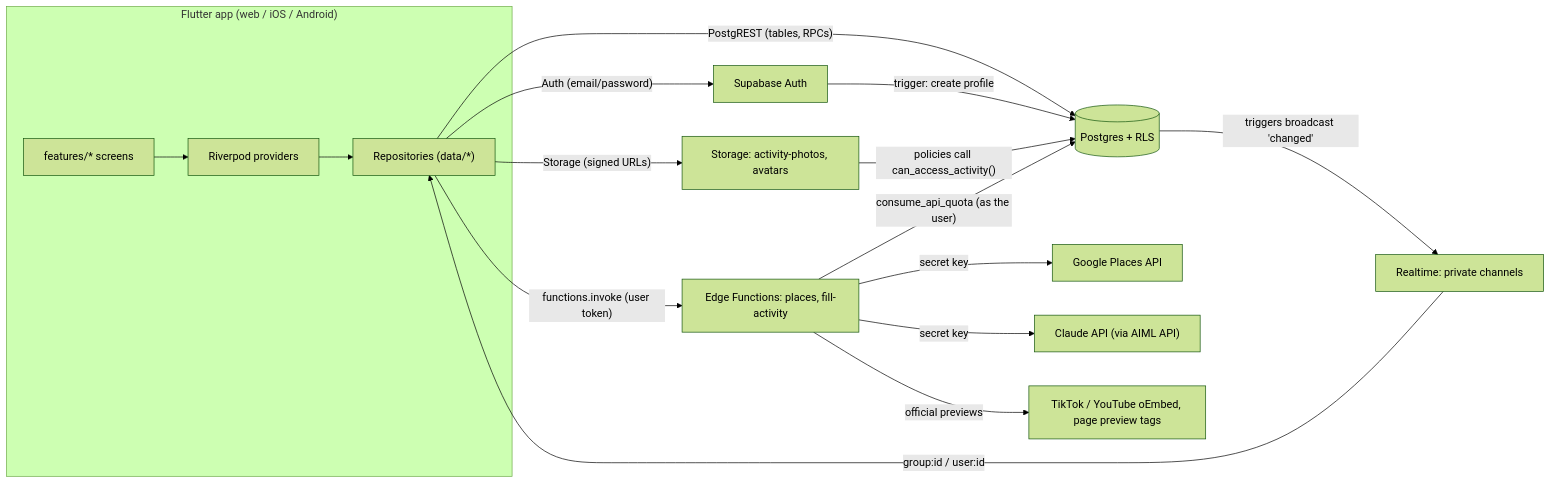
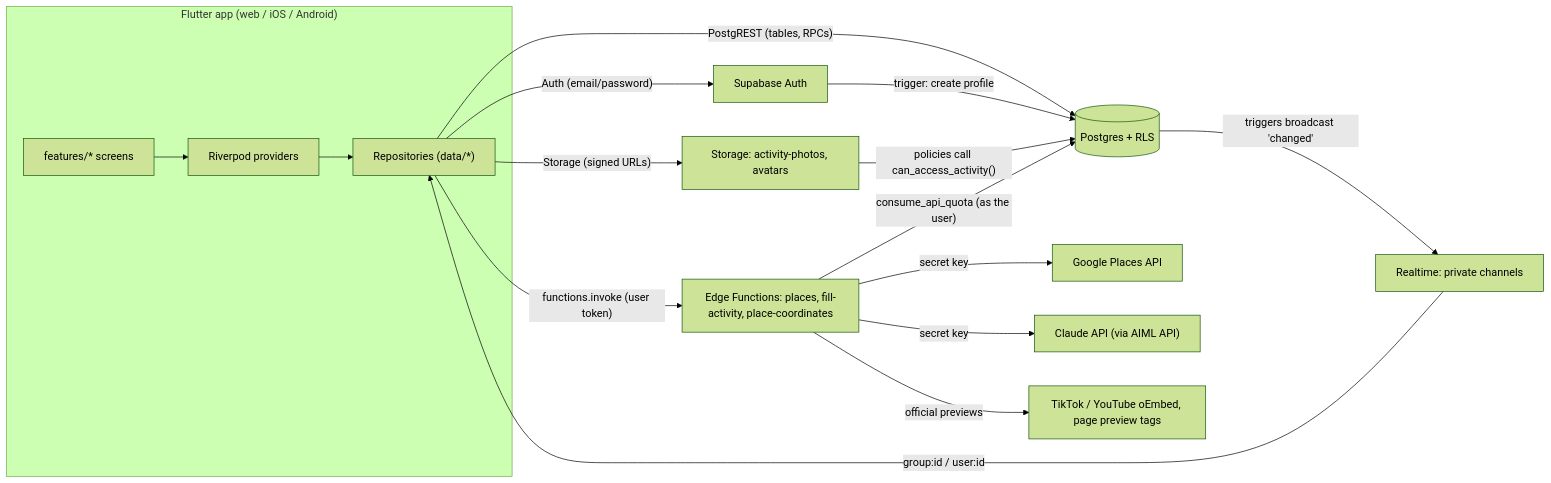
One commit to kangjin97/project1.0 changed the first of 2 diagrams in docs/architecture.md. Above: the diagram before and after it, drawn with Mermaid (forest theme). The commit also changed other lines of this file and 28 other files, not shown here.

````diff
--- a/docs/architecture.md
+++ b/docs/architecture.md
@@ -5,19 +5,19 @@
 ```mermaid
 flowchart LR
   subgraph App["Flutter app (web / iOS / Android)"]
     UI["features/* screens"] --> P["Riverpod providers"]
     P --> R["Repositories (data/*)"]
   end
   R -- "PostgREST (tables, RPCs)" --> DB[(Postgres + RLS)]
   R -- "Auth (email/password)" --> AUTH[Supabase Auth]
   R -- "Storage (signed URLs)" --> ST[Storage: activity-photos, avatars]
   DB -- "triggers broadcast 'changed'" --> RT[Realtime: private channels]
   RT -- "group:id / user:id" --> R
   AUTH -- "trigger: create profile" --> DB
   ST -- "policies call can_access_activity()" --> DB
-  R -- "functions.invoke (user token)" --> EF[Edge Functions: places, fill-activity]
+  R -- "functions.invoke (user token)" --> EF[Edge Functions: places, fill-activity, place-coordinates]
   EF -- "consume_api_quota (as the user)" --> DB
   EF -- "secret key" --> GP[Google Places API]
   EF -- "secret key" --> CL["Claude API (via AIML API)"]
   EF -- "official previews" --> WEB[TikTok / YouTube oEmbed, page preview tags]
 ```
````
